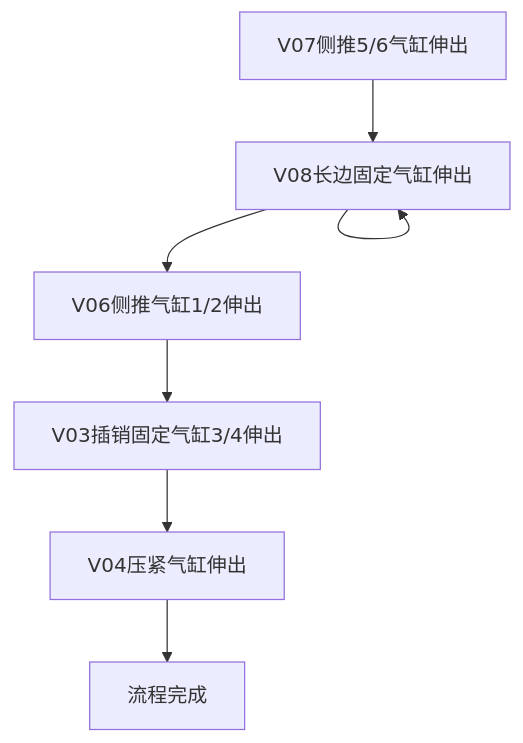
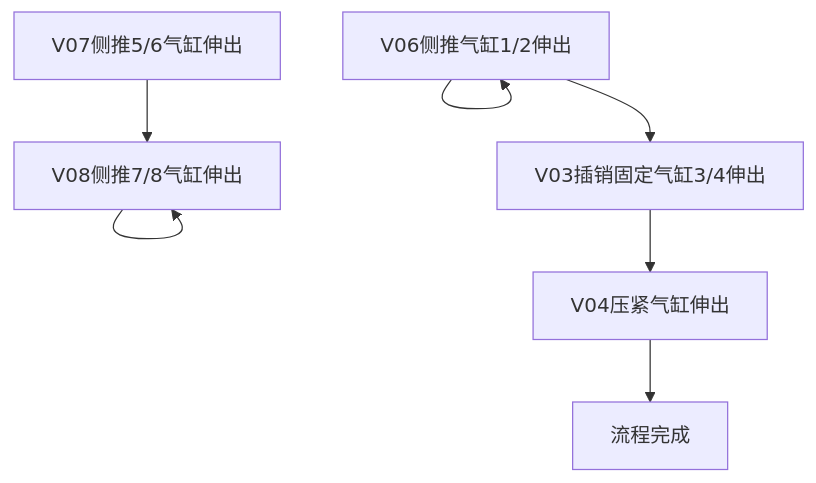
The diagram in all/OP30气缸固定子流程.md (PengKun1/iodraw-files), drawn with Mermaid before and after one commit.

Commit message:
2024-08-06 09:59:19 update

````diff
--- a/all/OP30气缸固定子流程.md
+++ b/all/OP30气缸固定子流程.md
@@ -1,11 +1,11 @@
 ```mermaid
 graph TD
 10[V07侧推5/6气缸伸出]-->20
-20[V08侧推7/9气缸伸出]-->20
-20[V08长边固定气缸伸出]-->30
+20[V08侧推7/8气缸伸出]-->20
+30[V09长边固定气缸伸出]-->30
 30[V06侧推气缸1/2伸出]-->40
 40[V03插销固定气缸3/4伸出]-->50
 50[V04压紧气缸伸出]-->60
 60[流程完成]
   
 ```
````
